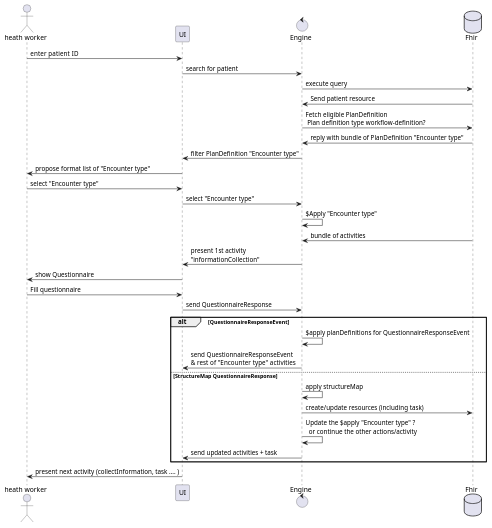
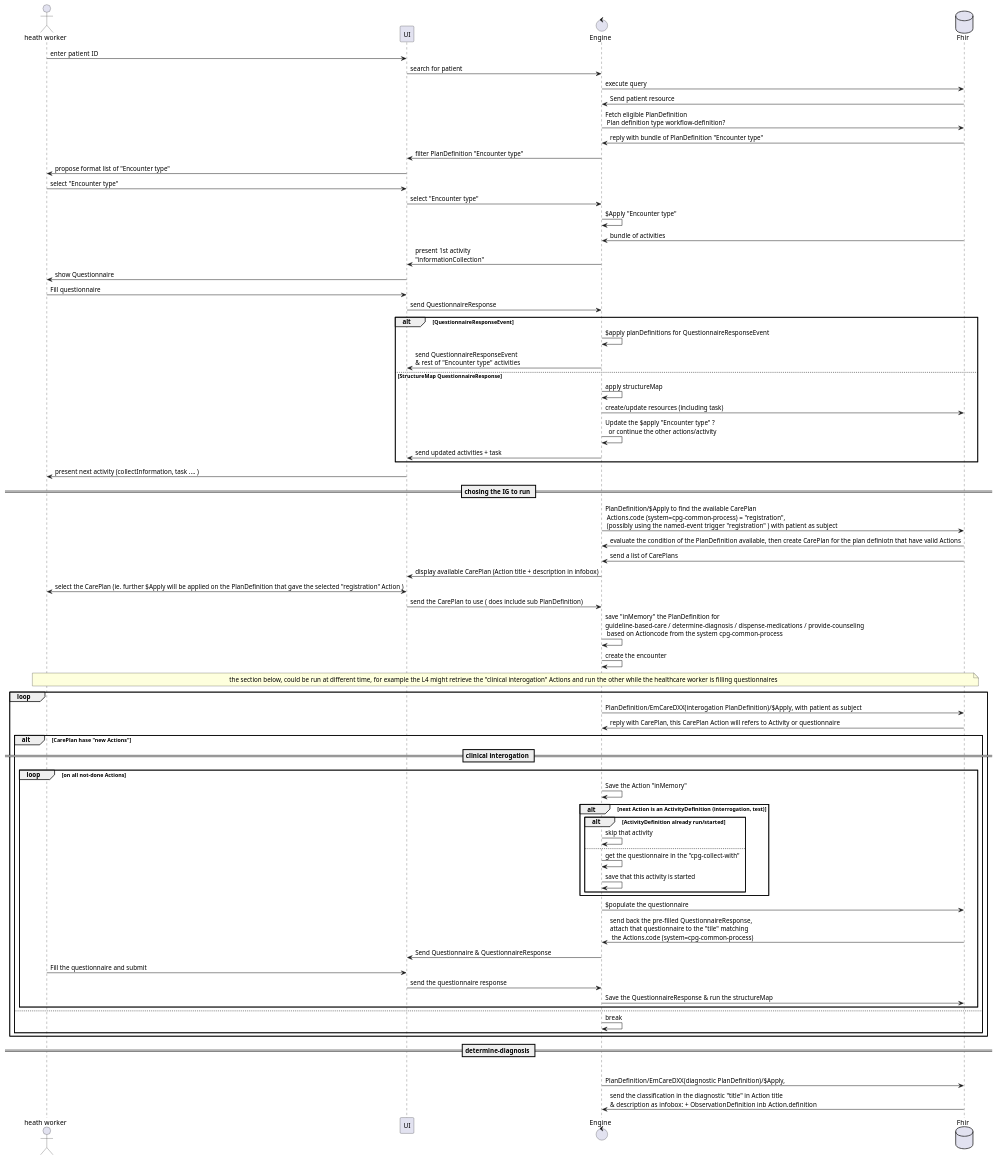
One commit to SwissTPH/pyfhirsdc changed the diagram in activities.puml. Above: the diagram before and after it, drawn with PlantUML. The commit also changed 1 other file, not shown here.

```diff
--- a/activities.puml
+++ b/activities.puml
@@ -1,49 +1,95 @@
 @startuml
 
 ' Actors
 'skinparam actorStyle awesome
 'skinparam controlStyle awesome
 
 actor HW as "heath worker" 
 'interface UI as "User interface"
 HW -> UI : enter  patient ID
 
 control L as "Engine"
 UI -> L : search for patient
 database F as "Fhir"
 
 L -> F : execute query
 F -> L : Send patient resource
 L -> F : Fetch eligible PlanDefinition\n Plan definition type workflow-definition?
 F -> L : reply with bundle of PlanDefinition "Encounter type"
 L -> UI : filter PlanDefinition "Encounter type"
 UI -> HW : propose format list of "Encounter type"
 HW -> UI: select "Encounter type"
 UI -> L: select "Encounter type"
 L->  L: $Apply "Encounter type"
 F -> L: bundle of activities
 L -> UI : present 1st activity \n"informationCollection"
 UI -> HW: show Questionnaire
 HW -> UI: Fill questionnaire
 UI -> L : send QuestionnaireResponse
 alt QuestionnaireResponseEvent 
 L->L: $apply planDefinitions for QuestionnaireResponseEvent
 L->UI: send QuestionnaireResponseEvent \n&  rest of "Encounter type" activities
 else StructureMap QuestionnaireResponse
 L->L: apply structureMap
 L->F: create/update resources (including task)
 L->L: Update the $apply "Encounter type" ?\n  or continue the other actions/activity
 L->UI: send updated activities + task
 end
 UI -> HW: present next activity (collectInformation, task .... )
 
 
+== chosing the IG to run ==
 
+L->F: PlanDefinition/$Apply to find the available CarePlan\n Actions.code (system=cpg-common-process) = "registration",\n (possibly using the named-event trigger "registration"  ) with patient as subject
+F->L: evaluate the condition of the PlanDefinition available, then create CarePlan for the plan definiotn that have valid Actions
+F->L: send a list of CarePlans
+L->UI: display available CarePlan (Action title + description in infobox)
+HW<-> UI : select the CarePlan (ie. further $Apply will be applied on the PlanDefinition that gave the selected "registration" Action )
+UI -> L: send the CarePlan to use ( does include sub PlanDefinition)
+L->L : save "inMemory" the PlanDefinition for \nguideline-based-care / determine-diagnosis / dispense-medications / provide-counseling\n based on Actioncode from the system cpg-common-process
+
+L-> L : create the encounter
+
+
+note over HW, F
+    the section below, could be run at different time, for example the L4 might retrieve the "clinical interogation" Actions and run the other while the healthcare worker is filling questionnaires
+end note
+loop
+    L -> F : PlanDefinition/EmCareDXX(interogation PlanDefinition)/$Apply,   with patient as subject
+    F -> L: reply with CarePlan, this CarePlan Action will refers to Activity or questionnaire
+    alt CarePlan hase "new Actions"
+        == clinical interogation ==
+        loop  on all not-done Actions
+            L->L: Save the Action "inMemory"
+            alt next Action is an ActivityDefinition (interrogation, test)
+                alt ActivityDefinition already run/started
+                    L-> L: skip that activity
+                else
+                    L->L: get the questionnaire in the "cpg-collect-with"
+                    L->L: save that this activity is started
+                end
+            end 
+            L -> F : $populate the questionnaire
+            F -> L : send back the pre-filled QuestionnaireResponse, \nattach that questionnaire to the "tile" matching\n the Actions.code (system=cpg-common-process)
+            L -> UI: Send Questionnaire & QuestionnaireResponse
+            HW -> UI : Fill the questionnaire and submit
+            UI -> L: send the questionnaire response
+            L -> F: Save the QuestionnaireResponse & run the structureMap
+        end
+    else
+        L->L: break 
+    end 
+end 
+==  determine-diagnosis ==
+
+group  Diagnostic :
+    L -> F : PlanDefinition/EmCareDXX(diagnostic PlanDefinition)/$Apply,  
+    F -> L: send the classification in the diagnostic "title" in Action title\n& description as infobox:  + ObservationDefinition inb Action.definition
 
 
 
 
 
 
 
 @enduml
```
